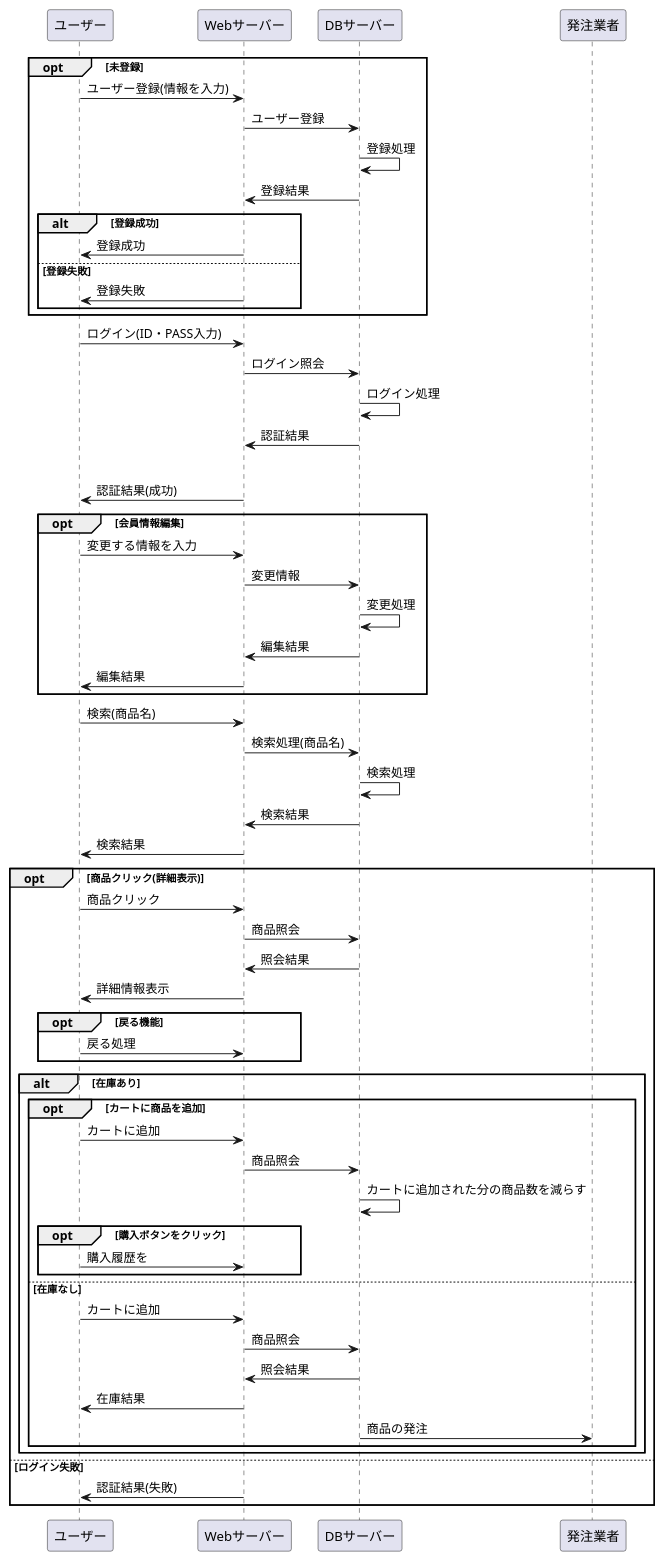
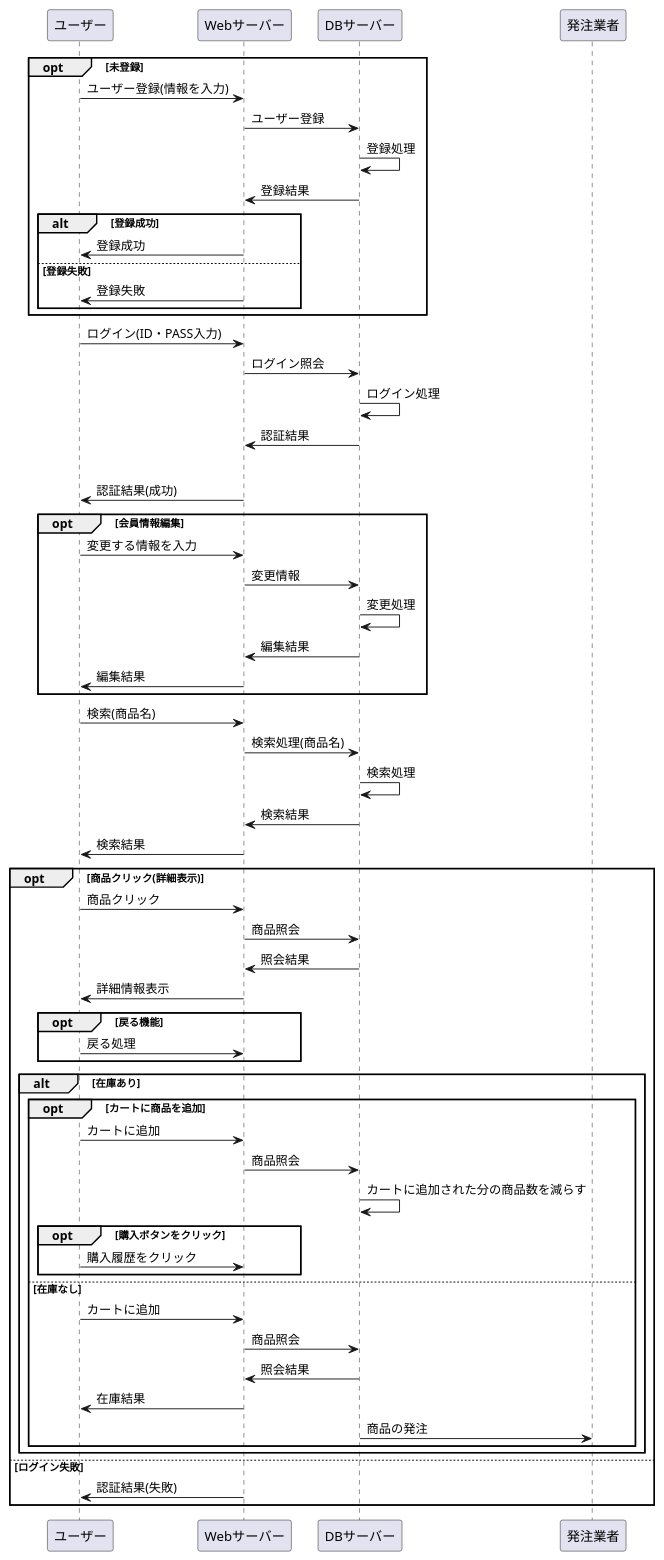
The diagram in 設計書/02_業務フロー/Business-Flow.md (Aso2001227/Aso-Sports-1), drawn with PlantUML before and after one commit.

````diff
--- a/設計書/02_業務フロー/Business-Flow.md
+++ b/設計書/02_業務フロー/Business-Flow.md
@@ -1,68 +1,68 @@
 ```uml
 @startuml
 opt 未登録
 ユーザー -> Webサーバー : ユーザー登録(情報を入力)
 Webサーバー -> DBサーバー : ユーザー登録
 DBサーバー -> DBサーバー : 登録処理
 DBサーバー -> Webサーバー : 登録結果
 
 alt 登録成功
 Webサーバー -> ユーザー : 登録成功
 else 登録失敗
 Webサーバー -> ユーザー : 登録失敗
 end
 end
 
 ユーザー -> Webサーバー : ログイン(ID・PASS入力)
 Webサーバー -> DBサーバー : ログイン照会
 DBサーバー -> DBサーバー : ログイン処理
 DBサーバー -> Webサーバー : 認証結果
 
 alt ログイン成功
 Webサーバー -> ユーザー : 認証結果(成功)
 
 opt 会員情報編集
 ユーザー -> Webサーバー : 変更する情報を入力
 Webサーバー -> DBサーバー :変更情報
 DBサーバー -> DBサーバー : 変更処理
 DBサーバー -> Webサーバー : 編集結果
 Webサーバー -> ユーザー : 編集結果
 end
 
 ユーザー -> Webサーバー : 検索(商品名)
 Webサーバー -> DBサーバー : 検索処理(商品名)
 DBサーバー -> DBサーバー : 検索処理
 DBサーバー -> Webサーバー : 検索結果
 Webサーバー -> ユーザー : 検索結果
 
 opt 商品クリック(詳細表示)
 ユーザー -> Webサーバー : 商品クリック
 Webサーバー -> DBサーバー : 商品照会
 DBサーバー -> Webサーバー : 照会結果
 Webサーバー -> ユーザー : 詳細情報表示
 opt 戻る機能
 ユーザー -> Webサーバー : 戻る処理
 end
 alt 在庫あり
 opt カートに商品を追加
 ユーザー -> Webサーバー : カートに追加
 Webサーバー -> DBサーバー : 商品照会
 DBサーバー -> DBサーバー : カートに追加された分の商品数を減らす
 opt 購入ボタンをクリック
-ユーザー -> Webサーバー : 購入履歴を
+ユーザー -> Webサーバー : 購入履歴をクリック
 
 end
 else 在庫なし
 ユーザー -> Webサーバー : カートに追加
 Webサーバー -> DBサーバー : 商品照会
 DBサーバー -> Webサーバー : 照会結果
 Webサーバー -> ユーザー : 在庫結果
 DBサーバー -> 発注業者 : 商品の発注
 end
 
 end
 else ログイン失敗
 Webサーバー -> ユーザー : 認証結果(失敗)
 end
 @enduml
 ```
````
